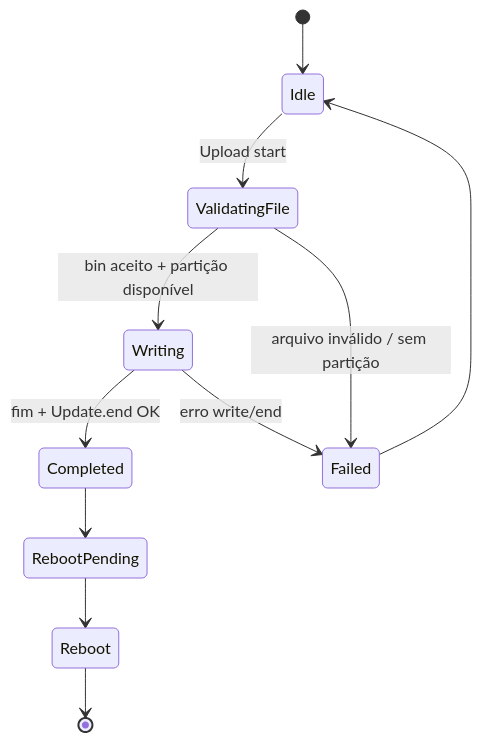
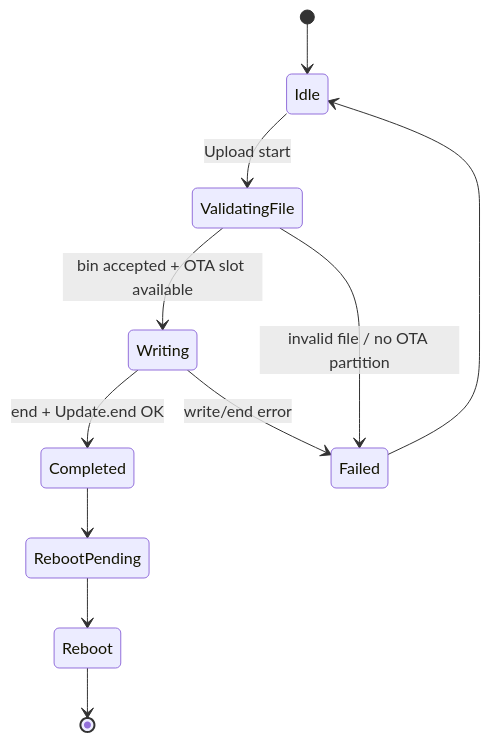
One commit to paulocfmarques-collab/M5NanoC6_wifi changed the eighth of 14 diagrams in README.md. Above: the diagram before and after it, drawn with Mermaid. The commit also changed other lines of this file, not shown here.

````diff
--- a/README.md
+++ b/README.md
@@ -331,13 +331,13 @@
 ```mermaid
 stateDiagram-v2
     [*] --> Idle
     Idle --> ValidatingFile: Upload start
-    ValidatingFile --> Writing: bin aceito + partição disponível
-    ValidatingFile --> Failed: arquivo inválido / sem partição
-    Writing --> Completed: fim + Update.end OK
-    Writing --> Failed: erro write/end
+    ValidatingFile --> Writing: bin accepted + OTA slot available
+    ValidatingFile --> Failed: invalid file / no OTA partition
+    Writing --> Completed: end + Update.end OK
+    Writing --> Failed: write/end error
     Completed --> RebootPending
     RebootPending --> Reboot
     Failed --> Idle
     Reboot --> [*]
 ```
````
